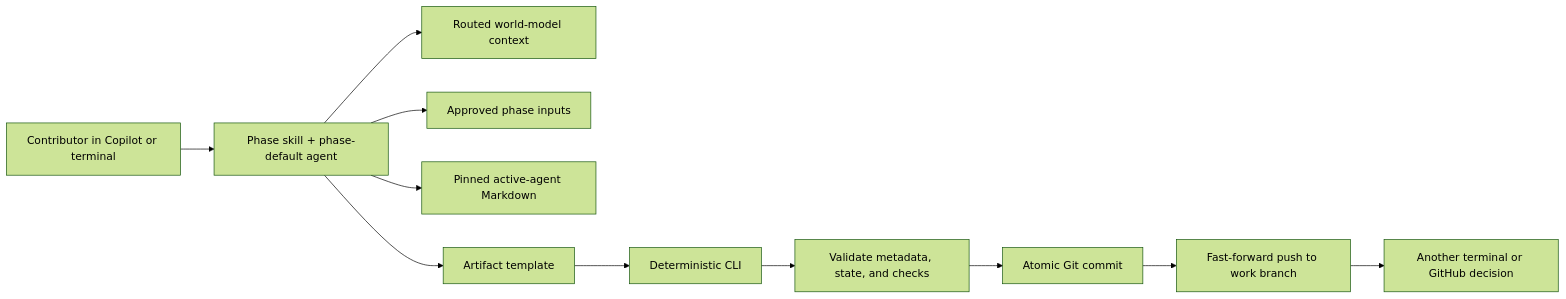
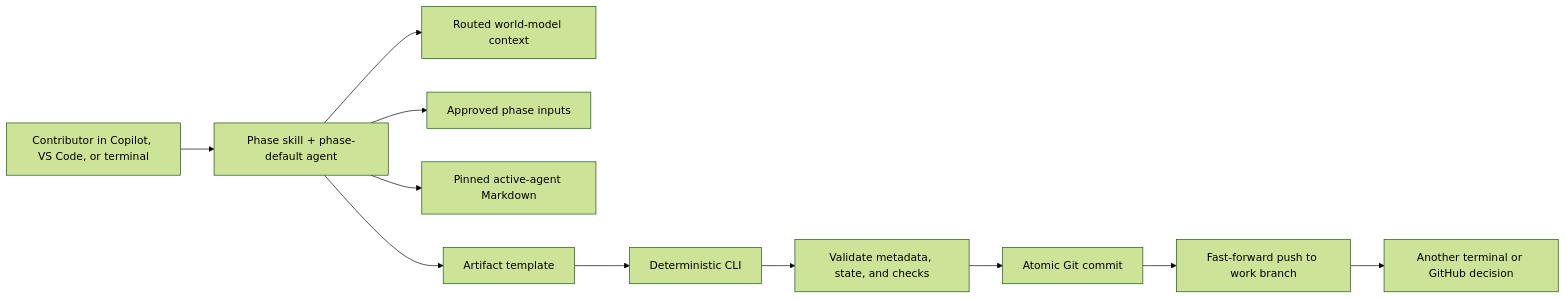
The third of 4 diagrams in ARCHITECTURE.md (ashokraj2011/singularityflow), drawn with Mermaid (forest theme) before and after one commit. The commit also changed other lines of this file and 23 other files, not shown here.

Commit message:
docs: document current product and architecture

````diff
--- a/ARCHITECTURE.md
+++ b/ARCHITECTURE.md
@@ -45,13 +88,13 @@
 ```mermaid
 flowchart LR
-  U["Contributor in Copilot or terminal"] --> S["Phase skill + phase-default agent"]
+  U["Contributor in Copilot, VS Code, or terminal"] --> S["Phase skill + phase-default agent"]
   S --> W["Routed world-model context"]
   S --> I["Approved phase inputs"]
   S --> D["Pinned active-agent Markdown"]
   S --> A["Artifact template"]
   A --> C["Deterministic CLI"]
   C --> V["Validate metadata, state, and checks"]
   V --> G["Atomic Git commit"]
   G --> R["Fast-forward push to work branch"]
   R --> O["Another terminal or GitHub decision"]
 ```
````
